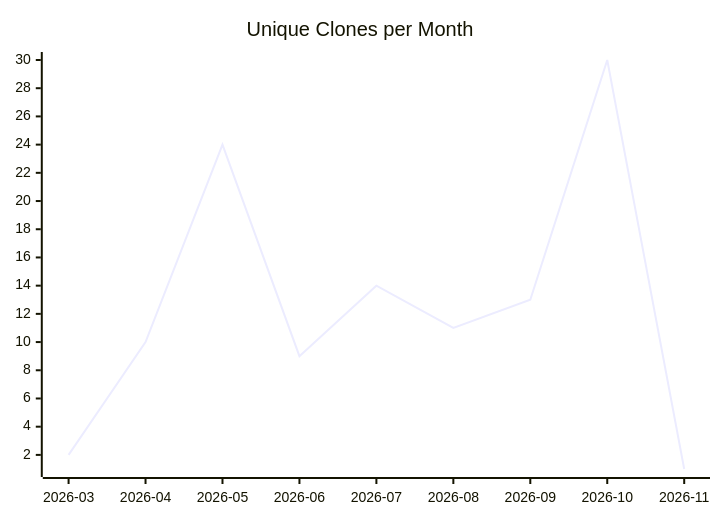
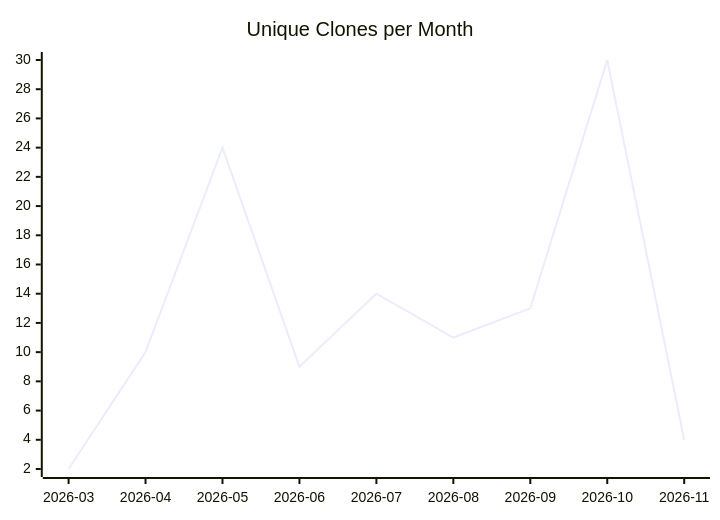
Before and after one commit to justdavis-family/github-analytics-data: the third of 3 diagrams in karlmdavis/xmlpull/README.md, drawn with Mermaid. The commit also changed other lines of this file and 193 other files, not shown here.

````diff
--- a/karlmdavis/xmlpull/README.md
+++ b/karlmdavis/xmlpull/README.md
@@ -19,6 +19,6 @@
 ```mermaid
 xychart-beta
   title "Unique Clones per Month"
   x-axis ["2026-03", "2026-04", "2026-05", "2026-06", "2026-07", "2026-08", "2026-09", "2026-10", "2026-11"]
-  line [2, 10, 24, 9, 14, 11, 13, 30, 1]
+  line [2, 10, 24, 9, 14, 11, 13, 30, 4]
 ```
````
